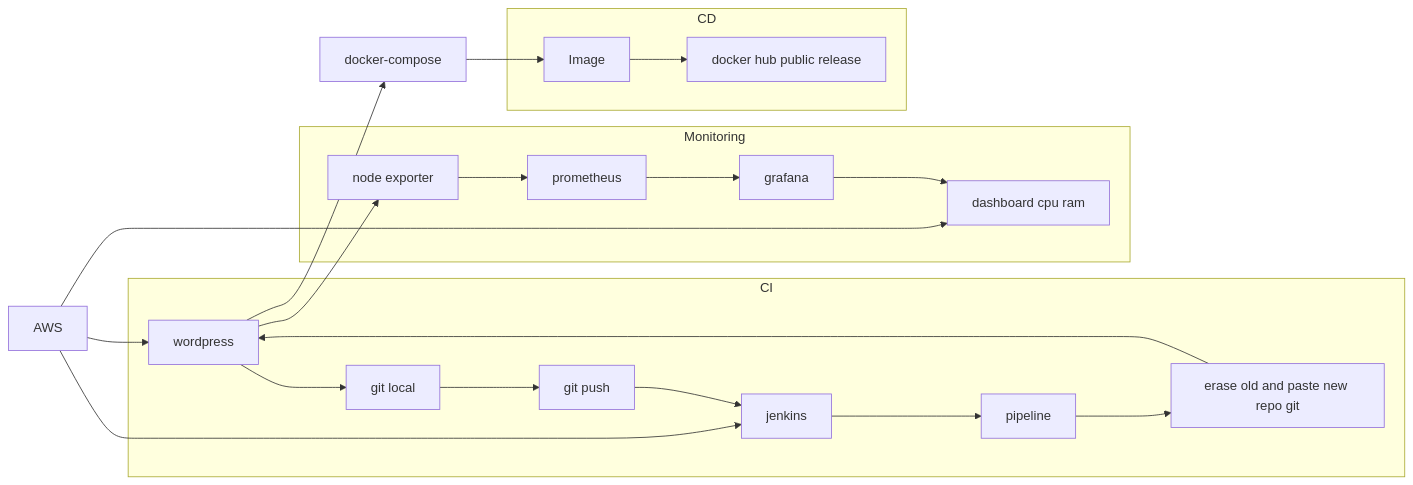
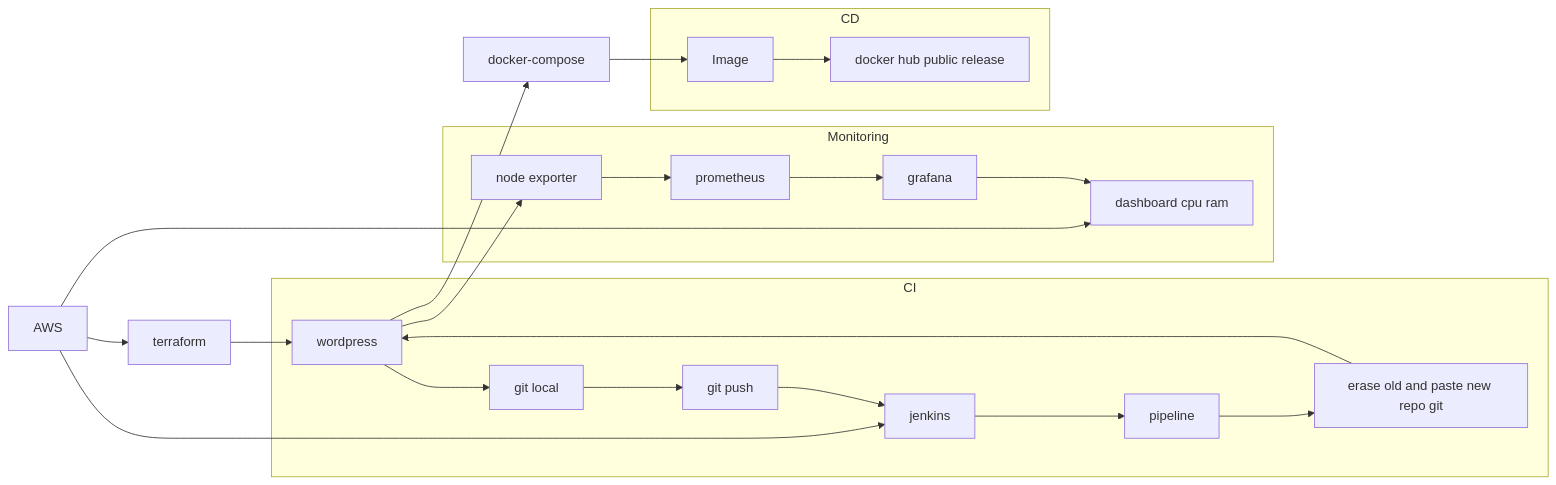
Before and after one commit to DanyAAD90/CICD_complete_from_scratch: the diagram in README.md, drawn with Mermaid.

````diff
--- a/README.md
+++ b/README.md
@@ -4,25 +4,26 @@
 ```mermaid
 flowchart LR
 A[wordpress] --> G[node exporter]
-Z[AWS] --> A
+Z[AWS] --> X[terraform]
+X --> A
 Z --> K
 Z --> J
 subgraph CI
 A --> O[git local]
 O --> P[git push]
 P --> K[jenkins]
 K --> L[pipeline]
 L --> N[erase old and paste new repo git]
 N --> A
 end
 subgraph Monitoring
 G --> H[prometheus]
 H --> I[grafana]
 I --> J[dashboard cpu ram]
 end
 A --> D[docker-compose]
 D --> E[Image]
 subgraph CD
 E --> F[docker hub public release]
 end
 ```
````
